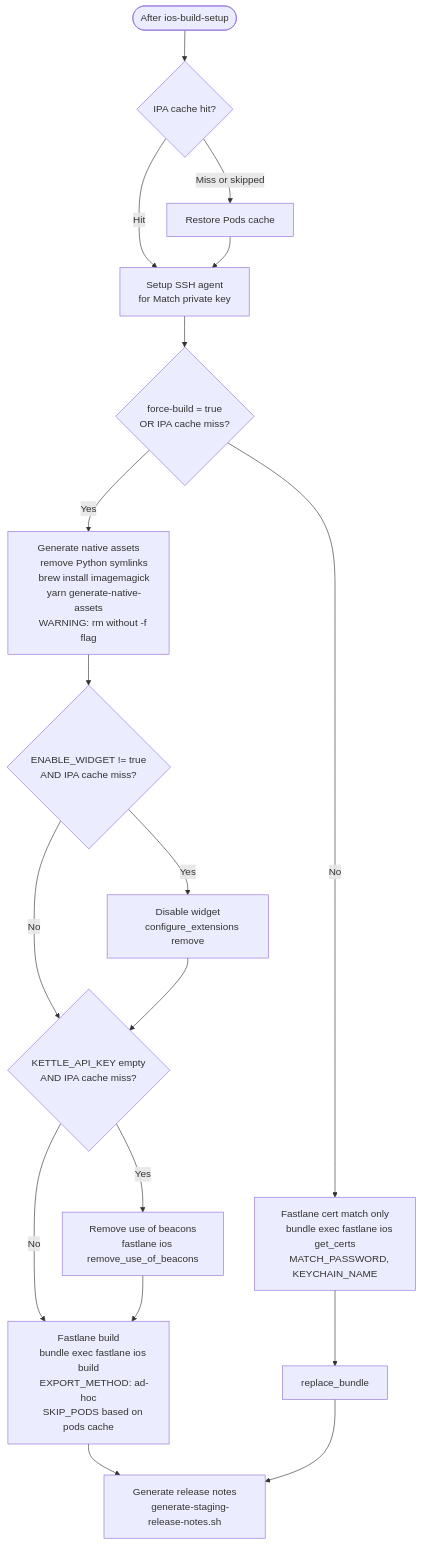
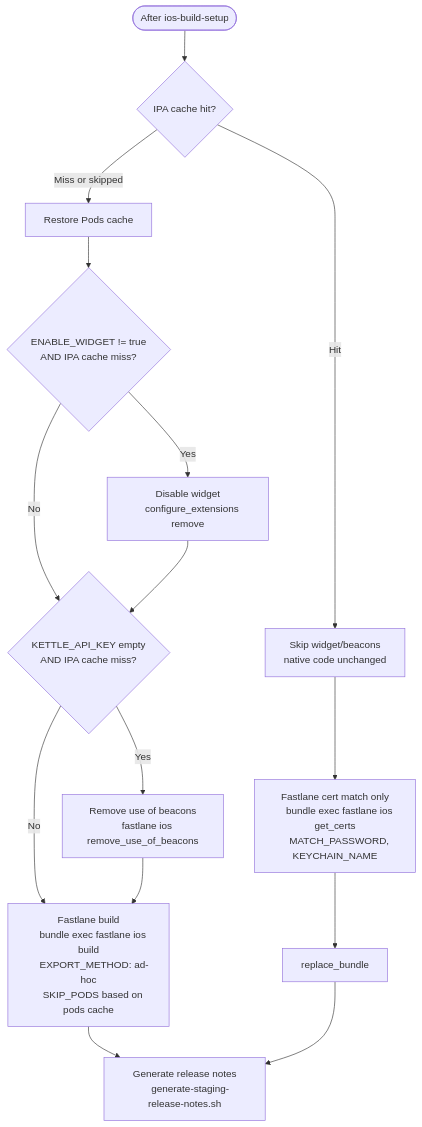
Before and after one commit to AtB-AS/mittatb-app: the third of 7 diagrams in docs/ios-build-staging-graph.md, drawn with Mermaid. The commit also changed other lines of this file and 3 other files, not shown here.

````diff
--- a/docs/ios-build-staging-graph.md
+++ b/docs/ios-build-staging-graph.md
@@ -140,56 +154,44 @@
 ```mermaid
 flowchart TD
     setup_done(["After ios-build-setup"])
 
     setup_done --> pods_restore{"IPA cache hit?"}
 
     pods_restore -- "Miss or skipped" --> restore_pods["Restore Pods cache"]
-    pods_restore -- "Hit" --> ssh_agent
+    pods_restore -- "Hit" --> widget_skip
 
-    restore_pods --> ssh_agent["Setup SSH agent
-    for Match private key"]
-
-    ssh_agent --> native_check{"force-build = true
-    OR IPA cache miss?"}
-
-    native_check -- Yes --> gen_assets
-    native_check -- No --> cert_match
-
-    gen_assets["Generate native assets
-    remove Python symlinks
-    brew install imagemagick
-    yarn generate-native-assets
-    WARNING: rm without -f flag"]
-
-    gen_assets --> widget_check{"ENABLE_WIDGET != true
+    restore_pods --> widget_check{"ENABLE_WIDGET != true
     AND IPA cache miss?"}
 
     widget_check -- Yes --> disable_widget["Disable widget
     configure_extensions remove"]
     widget_check -- No --> beacon_check
 
     disable_widget --> beacon_check{"KETTLE_API_KEY empty
     AND IPA cache miss?"}
 
     beacon_check -- Yes --> remove_beacons["Remove use of beacons
     fastlane ios remove_use_of_beacons"]
     beacon_check -- No --> fastlane_build
 
     remove_beacons --> fastlane_build["Fastlane build
     bundle exec fastlane ios build
     EXPORT_METHOD: ad-hoc
     SKIP_PODS based on pods cache"]
 
     fastlane_build --> release_notes
 
+    widget_skip["Skip widget/beacons
+    native code unchanged"] --> cert_match
+
     cert_match["Fastlane cert match only
     bundle exec fastlane ios get_certs
     MATCH_PASSWORD, KEYCHAIN_NAME"]
 
     cert_match --> replace_bundle
 
     replace_bundle --> release_notes
 
     release_notes["Generate release notes
     generate-staging-release-notes.sh"]
 ```
````
